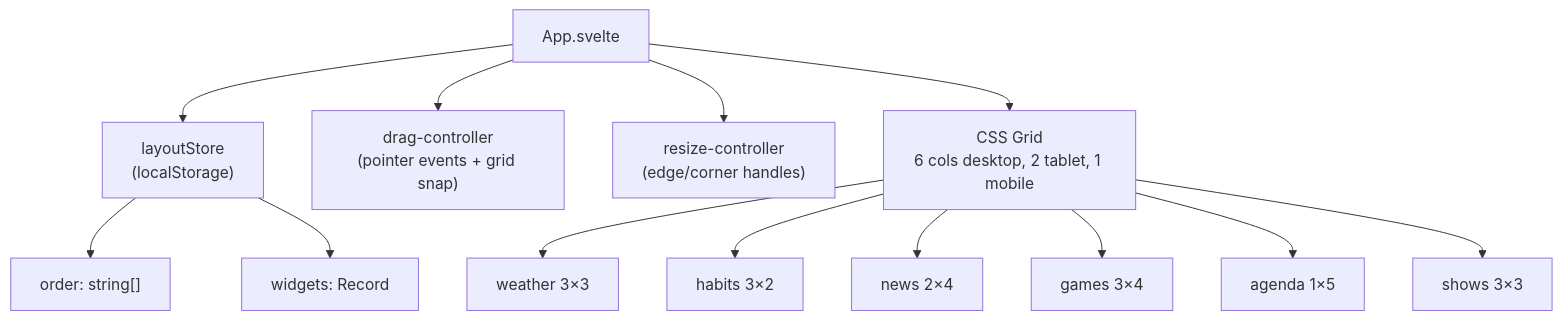
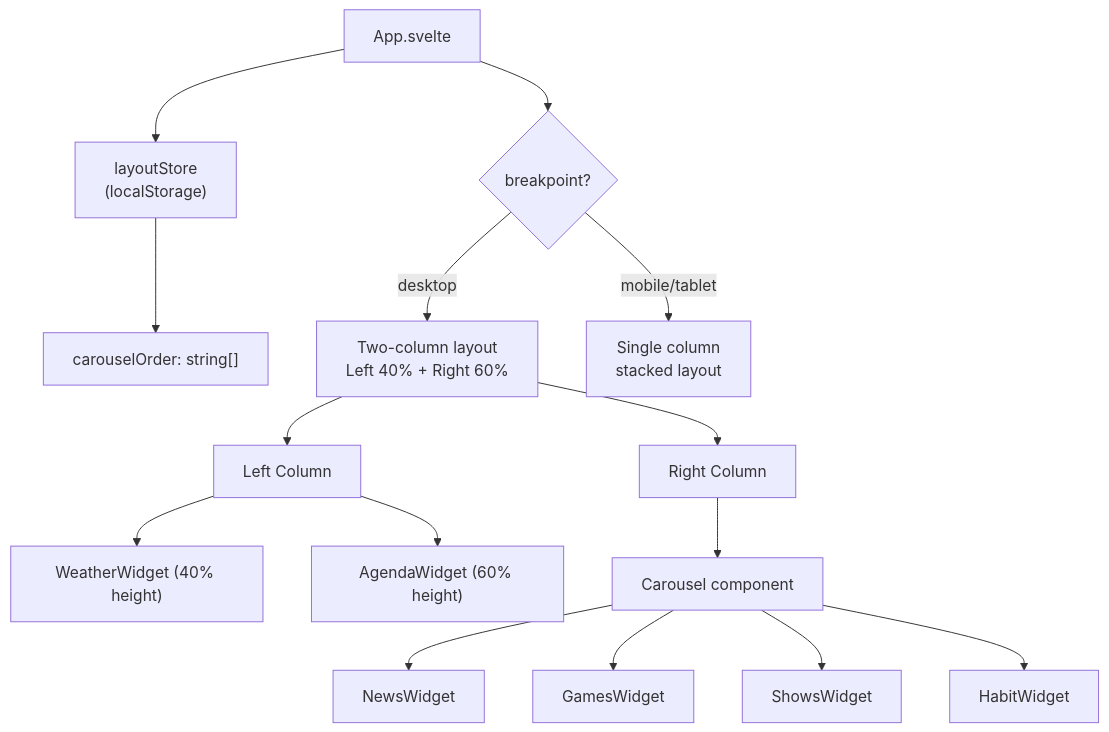
The second of 3 diagrams in docs/architecture/widget-lifecycle.md (gabrielLoff/dashboard), drawn with Mermaid before and after one commit. The commit also changed other lines of this file and 4 other files, not shown here.

First line of the commit message:
docs(#107): update architecture docs for new layout

````diff
--- a/docs/architecture/widget-lifecycle.md
+++ b/docs/architecture/widget-lifecycle.md
@@ -91,17 +91,21 @@
 ```mermaid
 flowchart TD
     App["App.svelte"] --> LayoutStore["layoutStore<br/>(localStorage)"]
-    LayoutStore --> Order["order: string[]"]
-    LayoutStore --> Positions["widgets: Record<id, WidgetLayout>"]
+    LayoutStore --> CarouselOrder["carouselOrder: string[]"]
 
-    App --> DragCtrl["drag-controller<br/>(pointer events + grid snap)"]
-    App --> ResizeCtrl["resize-controller<br/>(edge/corner handles)"]
-    App --> Grid["CSS Grid<br/>6 cols desktop, 2 tablet, 1 mobile"]
+    App --> Desktop{"breakpoint?"}
+    Desktop -->|desktop| TwoCol["Two-column layout<br/>Left 40% + Right 60%"]
+    Desktop -->|mobile/tablet| SingleCol["Single column<br/>stacked layout"]
 
-    Grid --> W1["weather 3×3"]
-    Grid --> W2["habits 3×2"]
-    Grid --> W3["news 2×4"]
-    Grid --> W4["games 3×4"]
-    Grid --> W5["agenda 1×5"]
-    Grid --> W6["shows 3×3"]
+    TwoCol --> Left["Left Column"]
+    TwoCol --> Right["Right Column"]
+
+    Left --> Weather["WeatherWidget (40% height)"]
+    Left --> Agenda["AgendaWidget (60% height)"]
+
+    Right --> Carousel["Carousel component"]
+    Carousel --> News["NewsWidget"]
+    Carousel --> Games["GamesWidget"]
+    Carousel --> Shows["ShowsWidget"]
+    Carousel --> Habits["HabitWidget"]
 ```
````
